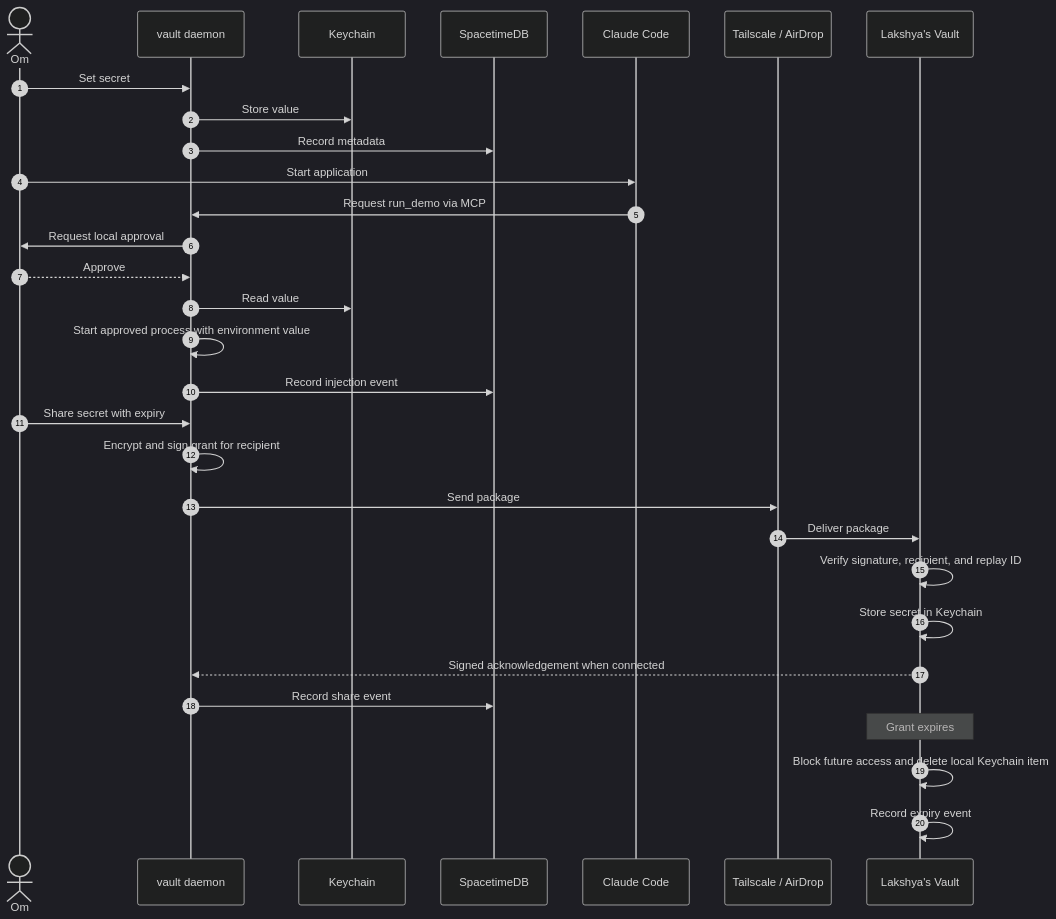
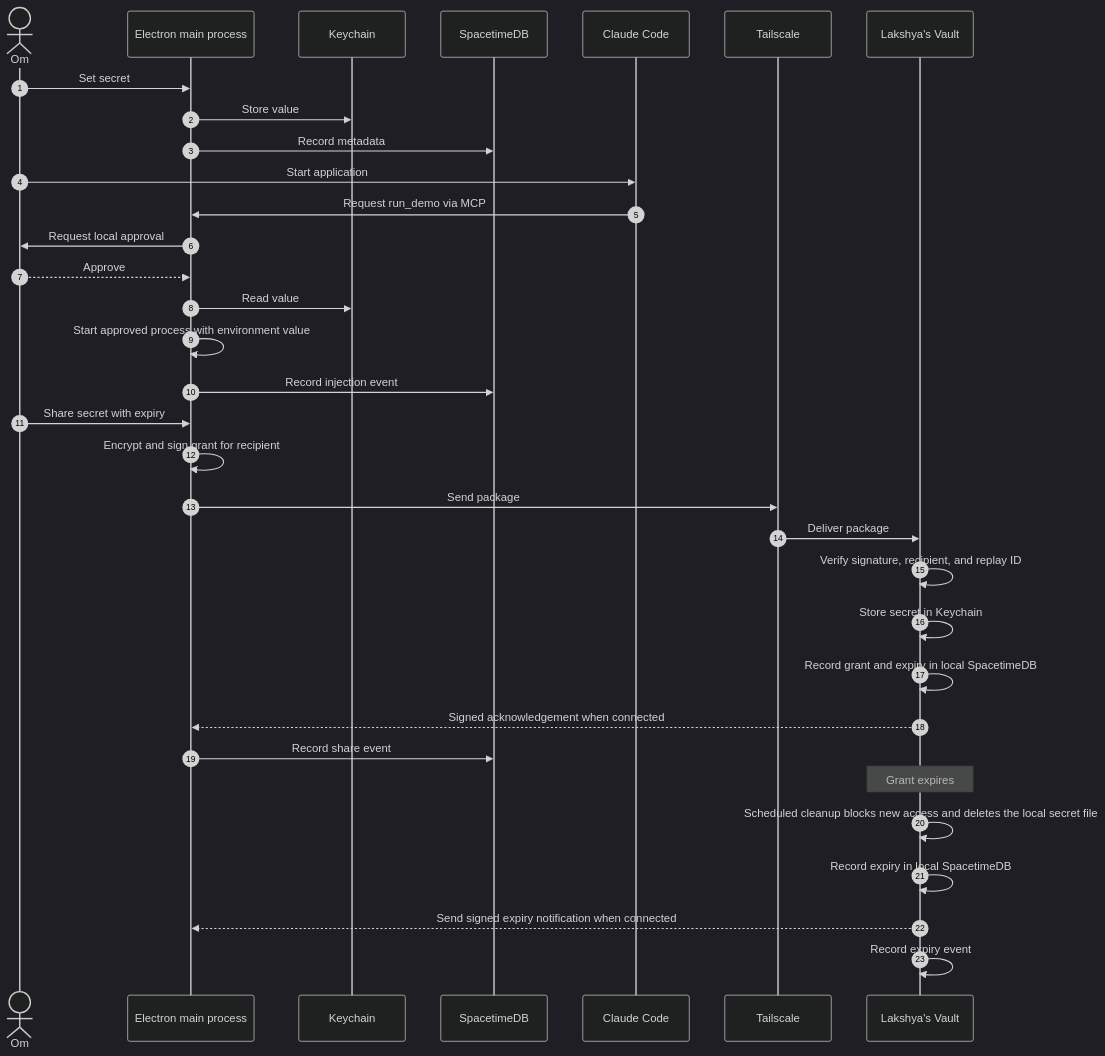
The second of 2 diagrams in docs/architecture.md (LakshyaDhingra/.sct), drawn with Mermaid (dark theme) before and after one commit. The commit also changed other lines of this file and 2 other files, not shown here.

Commit message:
changes to docs & architecture

````diff
--- a/docs/architecture.md
+++ b/docs/architecture.md
@@ -27,32 +26,35 @@
 ```mermaid
 sequenceDiagram
  autonumber
  actor Om
- participant V as vault daemon
+ participant V as Electron main process
  participant K as Keychain
  participant S as SpacetimeDB
  participant C as Claude Code
- participant T as Tailscale / AirDrop
+ participant T as Tailscale
  participant L as Lakshya's Vault
  Om->>V: Set secret
  V->>K: Store value
  V->>S: Record metadata
  Om->>C: Start application
  C->>V: Request run_demo via MCP
  V->>Om: Request local approval
  Om-->>V: Approve
  V->>K: Read value
  V->>V: Start approved process with environment value
  V->>S: Record injection event
  Om->>V: Share secret with expiry
  V->>V: Encrypt and sign grant for recipient
  V->>T: Send package
  T->>L: Deliver package
  L->>L: Verify signature, recipient, and replay ID
  L->>L: Store secret in Keychain
+ L->>L: Record grant and expiry in local SpacetimeDB
  L-->>V: Signed acknowledgement when connected
  V->>S: Record share event
  Note over L: Grant expires
- L->>L: Block future access and delete local Keychain item
+ L->>L: Scheduled cleanup blocks new access and deletes the local secret file
+ L->>L: Record expiry in local SpacetimeDB
+ L-->>V: Send signed expiry notification when connected
  L->>L: Record expiry event
 ```
````
